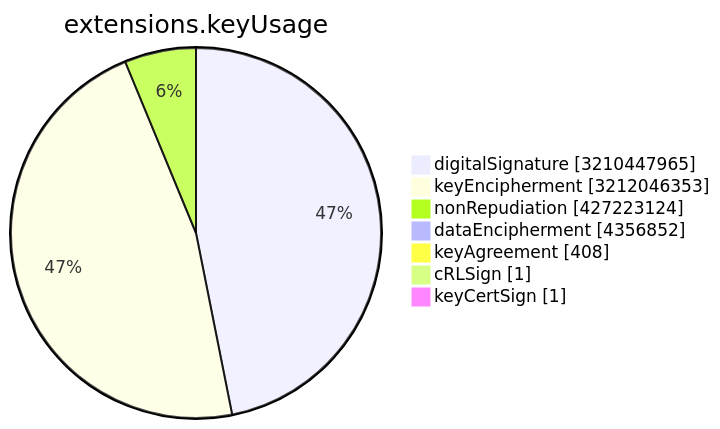
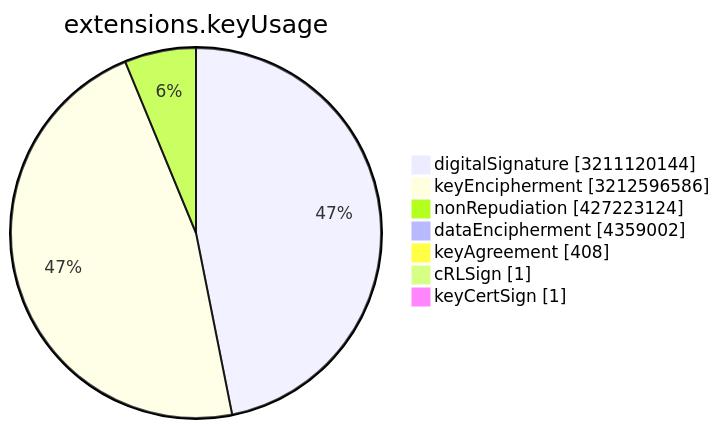
One commit to christiankrug/ctmonitor_visualization changed the sixth of 15 diagrams in TOTAL/README.md. Above: the diagram before and after it, drawn with Mermaid. The commit also changed other lines of this file, not shown here.

````diff
--- a/TOTAL/README.md
+++ b/TOTAL/README.md
@@ -3077,11 +3077,11 @@
 ```mermaid
 pie showData
 title extensions.keyUsage
-"digitalSignature" :3210447965
-"keyEncipherment" :3212046353
+"digitalSignature" :3211120144
+"keyEncipherment" :3212596586
 "nonRepudiation" :427223124
-"dataEncipherment" :4356852
+"dataEncipherment" :4359002
 "keyAgreement" :408
 "cRLSign" :1
 "keyCertSign" :1
 ```
````
